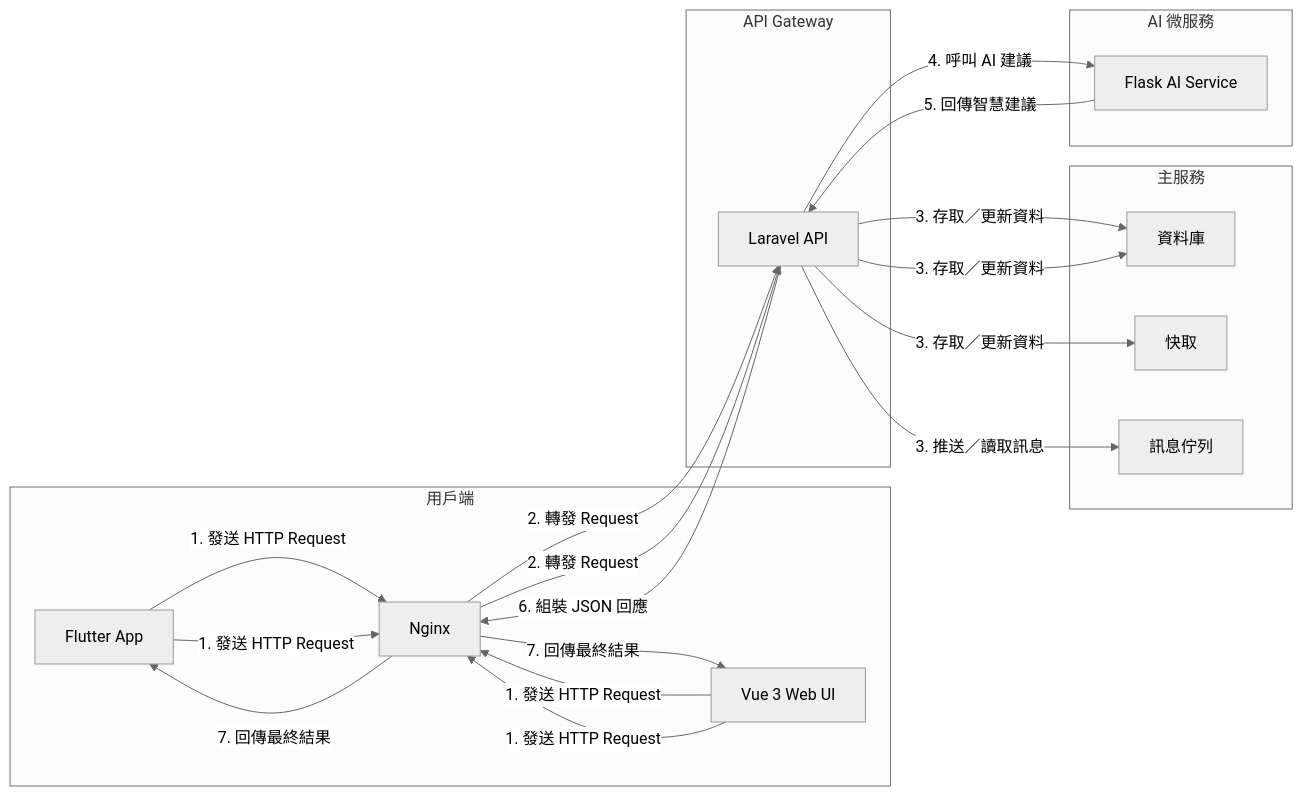
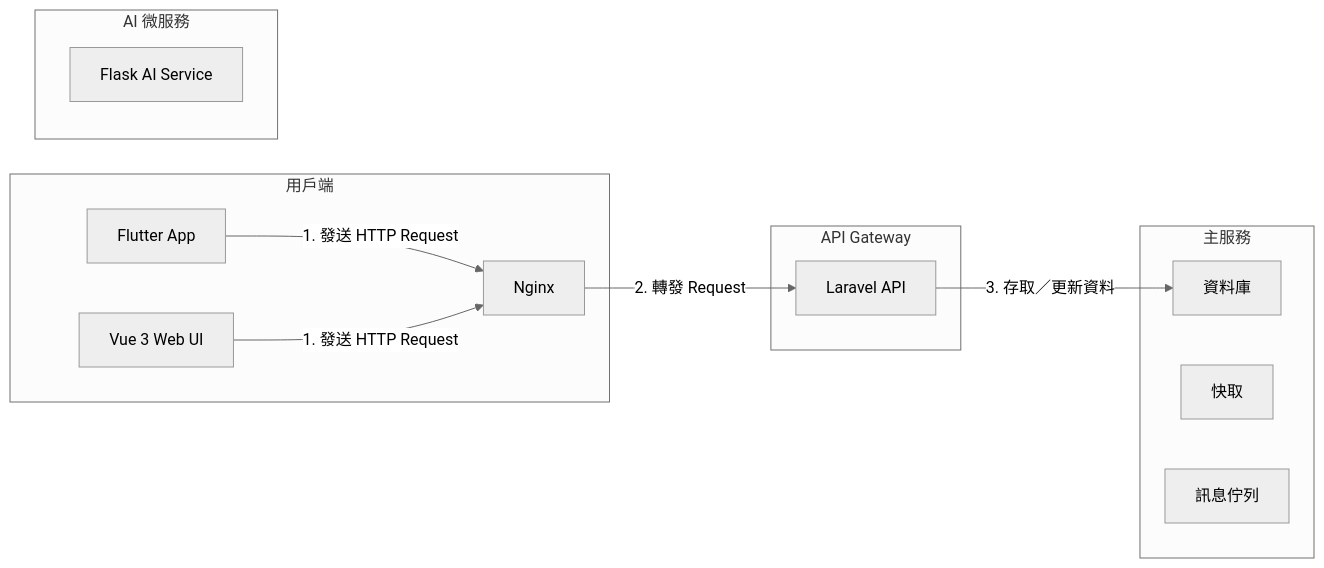
Before and after one commit to BpsEason/petcarehub: the diagram in README.md, drawn with Mermaid (neutral theme).

````diff
--- a/README.md
+++ b/README.md
@@ -44,35 +44,25 @@
 ```mermaid
 flowchart LR
   subgraph clients [用戶端]
     A1["Flutter App"] -->|1. 發送 HTTP Request| B
     A2["Vue 3 Web UI"] -->|1. 發送 HTTP Request| B
   end
 
   subgraph gateway [API Gateway]
     B["Nginx"]  -->|2. 轉發 Request| C
   end
 
   subgraph main [主服務]
     C["Laravel API"]  -->|3. 存取／更新資料| D
     D["資料庫"]
     E["快取"]
     F["訊息佇列"]
   end
 
   subgraph ai [AI 微服務]
     G["Flask AI Service"]
   end
 
-  A1 -->|1. 發送 HTTP Request| B
-  A2 -->|1. 發送 HTTP Request| B
-  B  -->|2. 轉發 Request| C
-  C  -->|3. 存取／更新資料| D
-  C  -->|3. 存取／更新資料| E
-  C  -->|3. 推送／讀取訊息| F
-  C  -->|4. 呼叫 AI 建議| G
-  G  -->|5. 回傳智慧建議| C
-  C  -->|6. 組裝 JSON 回應| B
-  B  -->|7. 回傳最終結果| A1
-  B  -->|7. 回傳最終結果| A2
+
 
 ```
````
